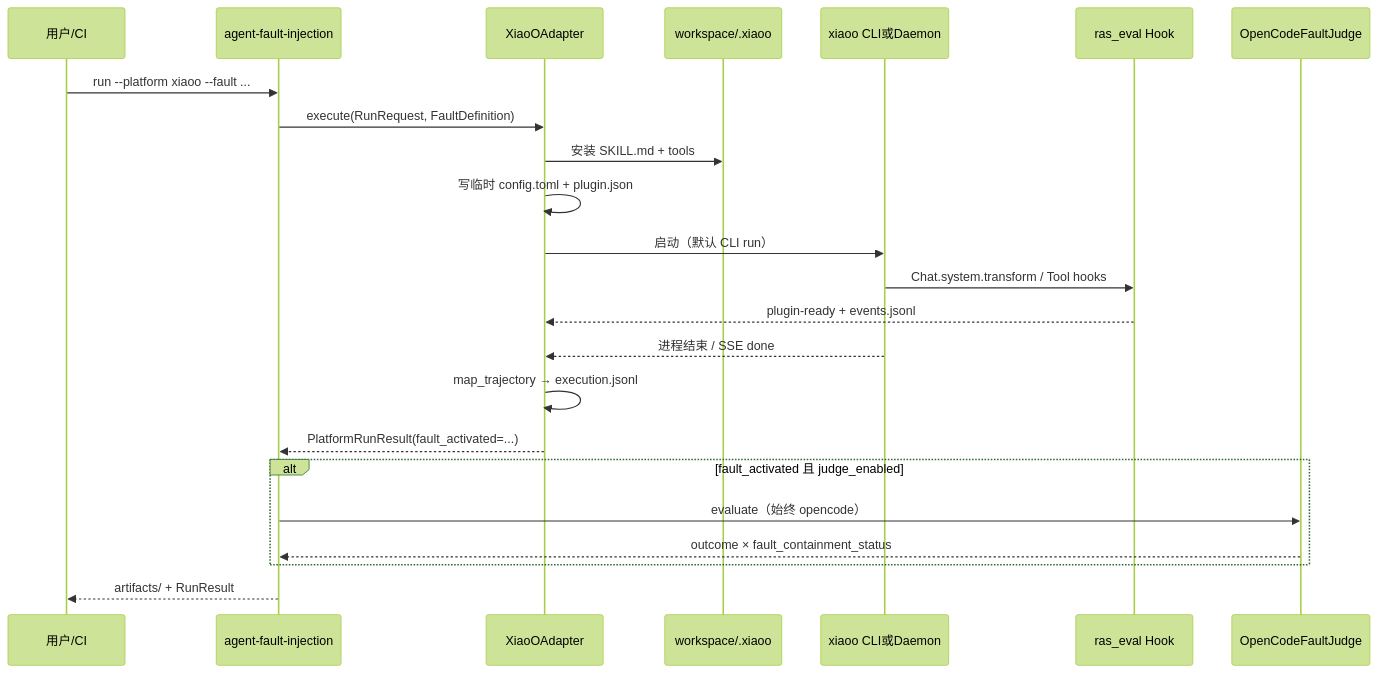
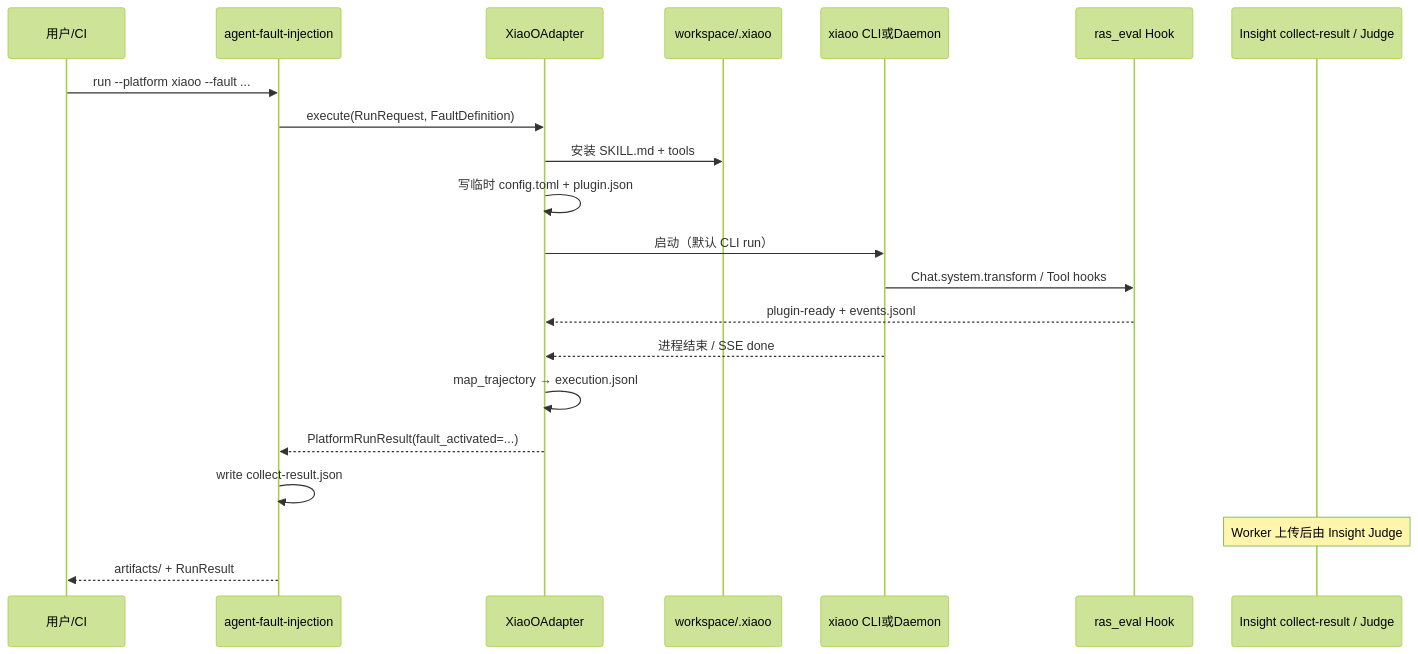
Before and after one commit to openeuler-mirror/agent-insight: the fourth of 4 diagrams in docs/agent-fault-injection/designs/xiaoo-platform-adaptation.md, drawn with Mermaid (forest theme). The commit also changed other lines of this file and 200 other files, not shown here.

First line of the commit message:
feat(fi): 扁平化 agent_fault_injection 并去掉本机 Judge

````diff
--- a/docs/agent-fault-injection/designs/xiaoo-platform-adaptation.md
+++ b/docs/agent-fault-injection/designs/xiaoo-platform-adaptation.md
@@ -213,26 +211,24 @@
 ```mermaid
 sequenceDiagram
   participant U as 用户/CI
   participant RAS as agent-fault-injection
   participant XA as XiaoOAdapter
   participant FS as workspace/.xiaoo
   participant XO as xiaoo CLI或Daemon
   participant HK as ras_eval Hook
-  participant OJ as OpenCodeFaultJudge
+  participant Insight as Insight collect-result / Judge
 
   U->>RAS: run --platform xiaoo --fault ...
   RAS->>XA: execute(RunRequest, FaultDefinition)
   XA->>FS: 安装 SKILL.md + tools
   XA->>XA: 写临时 config.toml + plugin.json
   XA->>XO: 启动（默认 CLI run）
   XO->>HK: Chat.system.transform / Tool hooks
   HK-->>XA: plugin-ready + events.jsonl
   XO-->>XA: 进程结束 / SSE done
   XA->>XA: map_trajectory → execution.jsonl
   XA-->>RAS: PlatformRunResult(fault_activated=...)
-  alt fault_activated 且 judge_enabled
-    RAS->>OJ: evaluate（始终 opencode）
-    OJ-->>RAS: outcome × fault_containment_status
-  end
+  RAS->>RAS: write collect-result.json
+  Note over Insight: Worker 上传后由 Insight Judge
   RAS-->>U: artifacts/ + RunResult
 ```
````
